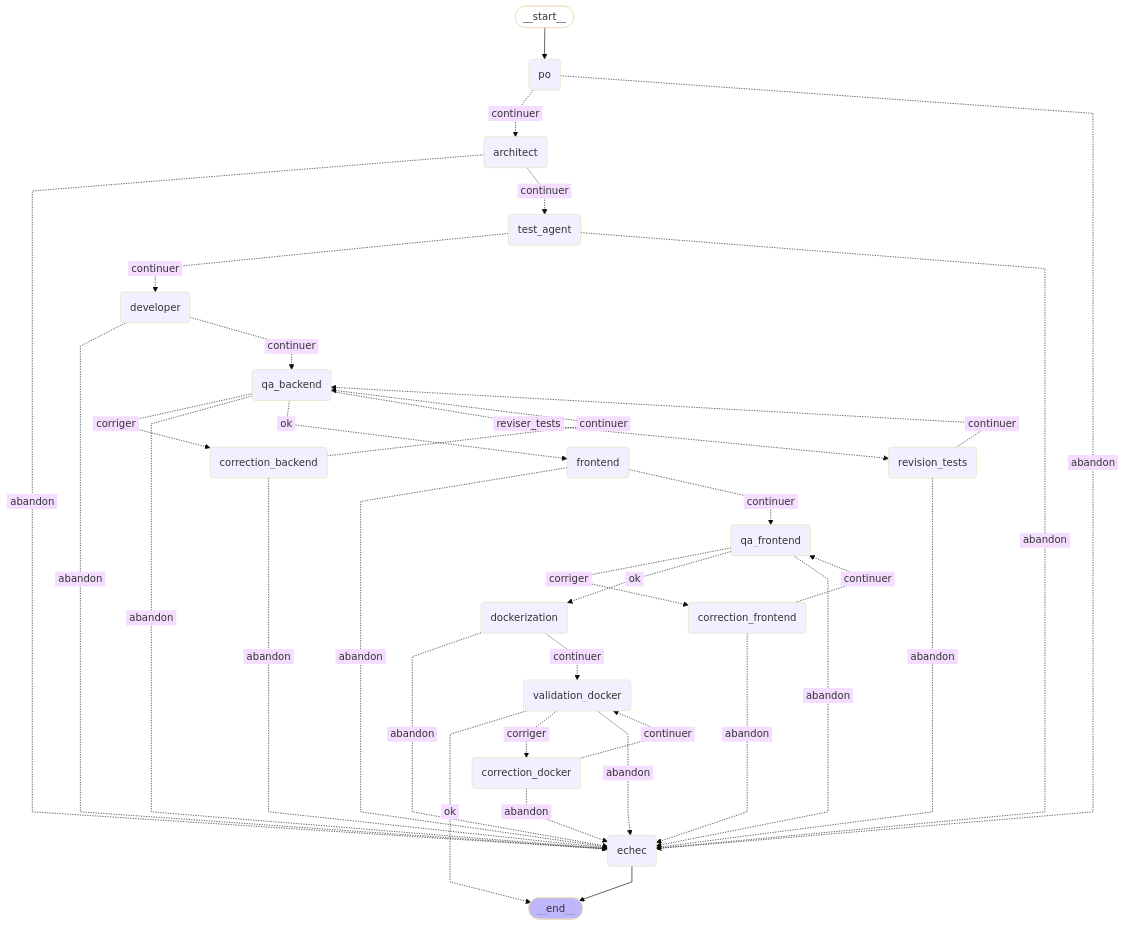
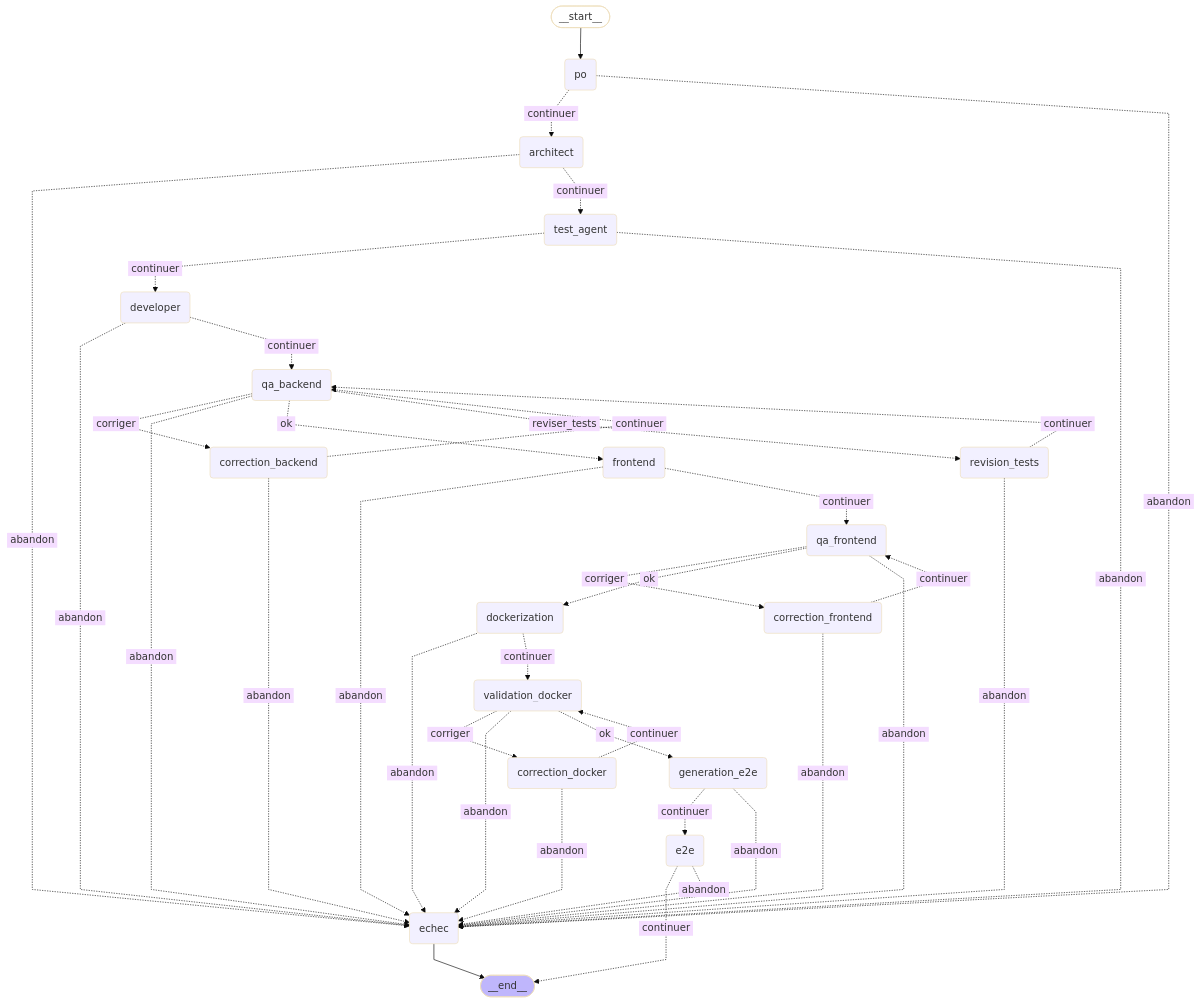
The diagram in docs/pipeline.md (gnichimariem1-cell/AutoDev), drawn with Mermaid (base theme) before and after one commit. The commit also changed 16 other files, not shown here.

````diff
--- a/docs/pipeline.md
+++ b/docs/pipeline.md
@@ -9,59 +9,65 @@
 ```mermaid
 ---
 config:
   flowchart:
     curve: linear
 ---
 graph TD;
 	__start__([<p>__start__</p>]):::first
 	po(po)
 	architect(architect)
 	test_agent(test_agent)
 	developer(developer)
 	qa_backend(qa_backend)
 	correction_backend(correction_backend)
 	revision_tests(revision_tests)
 	frontend(frontend)
 	qa_frontend(qa_frontend)
 	correction_frontend(correction_frontend)
 	dockerization(dockerization)
 	validation_docker(validation_docker)
 	correction_docker(correction_docker)
+	generation_e2e(generation_e2e)
+	e2e(e2e)
 	echec(echec)
 	__end__([<p>__end__</p>]):::last
 	__start__ --> po;
 	architect -. &nbsp;abandon&nbsp; .-> echec;
 	architect -. &nbsp;continuer&nbsp; .-> test_agent;
 	correction_backend -. &nbsp;abandon&nbsp; .-> echec;
 	correction_backend -. &nbsp;continuer&nbsp; .-> qa_backend;
 	correction_docker -. &nbsp;abandon&nbsp; .-> echec;
 	correction_docker -. &nbsp;continuer&nbsp; .-> validation_docker;
 	correction_frontend -. &nbsp;abandon&nbsp; .-> echec;
 	correction_frontend -. &nbsp;continuer&nbsp; .-> qa_frontend;
 	developer -. &nbsp;abandon&nbsp; .-> echec;
 	developer -. &nbsp;continuer&nbsp; .-> qa_backend;
 	dockerization -. &nbsp;abandon&nbsp; .-> echec;
 	dockerization -. &nbsp;continuer&nbsp; .-> validation_docker;
+	e2e -. &nbsp;continuer&nbsp; .-> __end__;
+	e2e -. &nbsp;abandon&nbsp; .-> echec;
 	frontend -. &nbsp;abandon&nbsp; .-> echec;
 	frontend -. &nbsp;continuer&nbsp; .-> qa_frontend;
+	generation_e2e -. &nbsp;continuer&nbsp; .-> e2e;
+	generation_e2e -. &nbsp;abandon&nbsp; .-> echec;
 	po -. &nbsp;continuer&nbsp; .-> architect;
 	po -. &nbsp;abandon&nbsp; .-> echec;
 	qa_backend -. &nbsp;corriger&nbsp; .-> correction_backend;
 	qa_backend -. &nbsp;abandon&nbsp; .-> echec;
 	qa_backend -. &nbsp;ok&nbsp; .-> frontend;
 	qa_backend -. &nbsp;reviser_tests&nbsp; .-> revision_tests;
 	qa_frontend -. &nbsp;corriger&nbsp; .-> correction_frontend;
 	qa_frontend -. &nbsp;ok&nbsp; .-> dockerization;
 	qa_frontend -. &nbsp;abandon&nbsp; .-> echec;
 	revision_tests -. &nbsp;abandon&nbsp; .-> echec;
 	revision_tests -. &nbsp;continuer&nbsp; .-> qa_backend;
 	test_agent -. &nbsp;continuer&nbsp; .-> developer;
 	test_agent -. &nbsp;abandon&nbsp; .-> echec;
-	validation_docker -. &nbsp;ok&nbsp; .-> __end__;
 	validation_docker -. &nbsp;corriger&nbsp; .-> correction_docker;
 	validation_docker -. &nbsp;abandon&nbsp; .-> echec;
+	validation_docker -. &nbsp;ok&nbsp; .-> generation_e2e;
 	echec --> __end__;
 	classDef default fill:#f2f0ff,line-height:1.2
 	classDef first fill-opacity:0
 	classDef last fill:#bfb6fc
 ```
````
